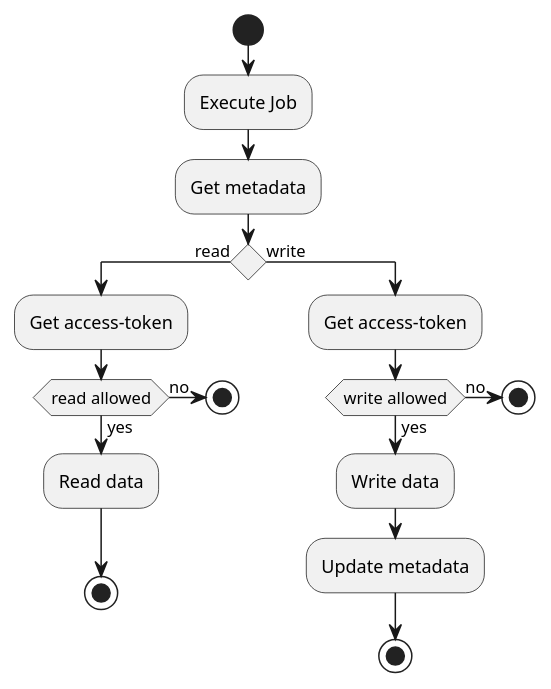
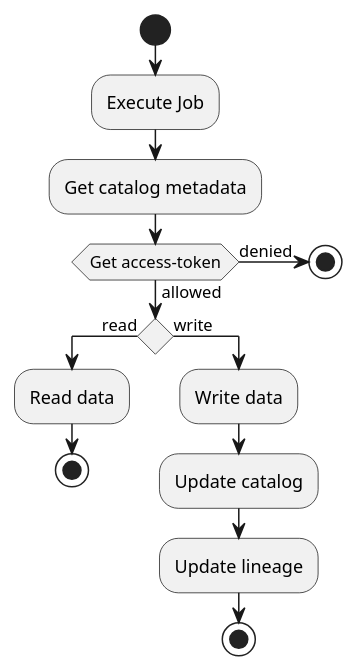
Before and after one commit to statisticsnorway/dapla-project: the diagram in doc/security-read-write-activity.puml, drawn with PlantUML.

Commit message:
Added lineage and simplified flow

```diff
--- a/doc/security-read-write-activity.puml
+++ b/doc/security-read-write-activity.puml
@@ -1,25 +1,20 @@
 @startuml
 
 start
 :Execute Job;
-:Get metadata;
-if () then (read)
-  :Get access-token;
-  if (read allowed) then (yes)
+:Get catalog metadata;
+if (Get access-token) then (allowed)
+  if () then (read)
     :Read data;
-  else (no)
+    stop
+  else (write)
+    :Write data;
+    :Update catalog;
+    :Update lineage;
     stop
   endif
-  stop
-else (write)
-  :Get access-token;
-  if (write allowed) then (yes)
-    :Write data;
-    :Update metadata;
-  else (no)
-    stop
-  endif
+else (denied)
   stop
 endif
 
 @enduml
```
